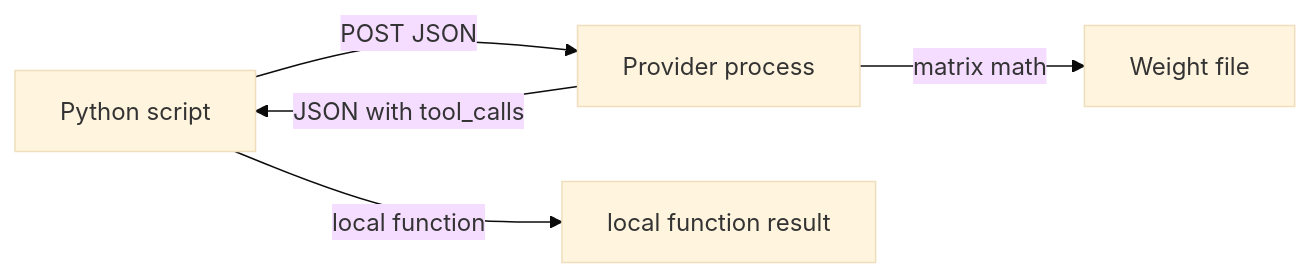
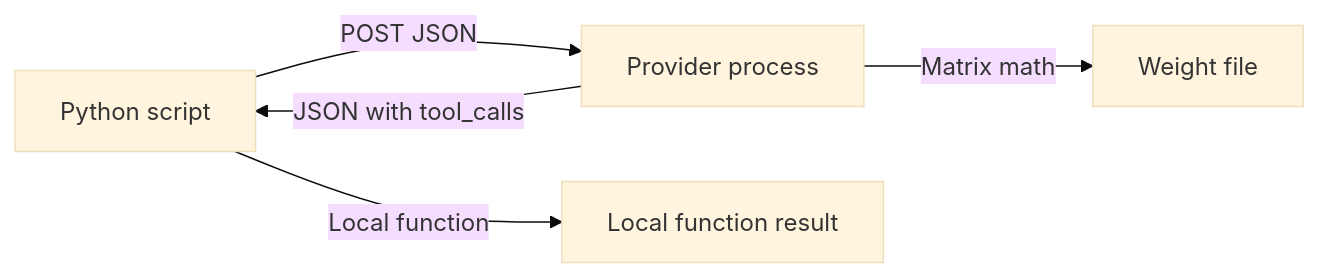
The diagram in resources/decisions/00_script_server_weights.md (jacobbweber/AgenticAI-Labs), drawn with Mermaid (base theme) before and after one commit. The commit also changed other lines of this file and 123 other files, not shown here.

````diff
--- a/resources/decisions/00_script_server_weights.md
+++ b/resources/decisions/00_script_server_weights.md
@@ -19,11 +21,11 @@
 ```mermaid
 flowchart LR
     dec00_script["Python script"]
     dec00_provider["Provider process"]
     dec00_weights["Weight file"]
-    dec00_result["local function result"]
+    dec00_result["Local function result"]
     dec00_script -->|"POST JSON"| dec00_provider
-    dec00_provider -->|"matrix math"| dec00_weights
+    dec00_provider -->|"Matrix math"| dec00_weights
     dec00_provider -->|"JSON with tool_calls"| dec00_script
-    dec00_script -->|"local function"| dec00_result
+    dec00_script -->|"Local function"| dec00_result
 ```
````
